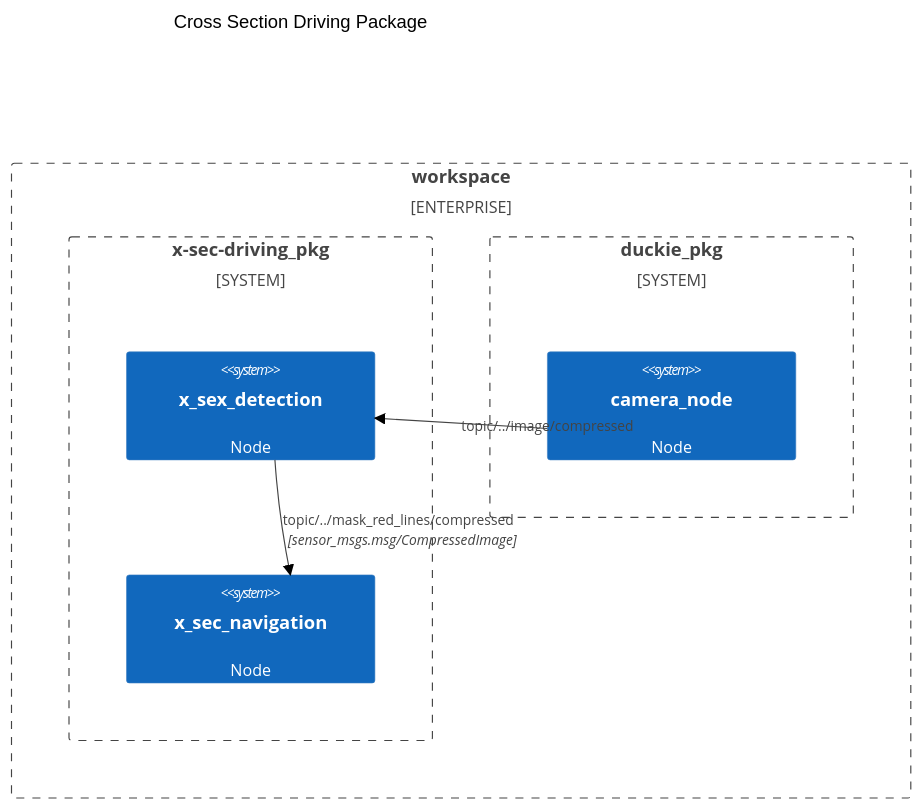
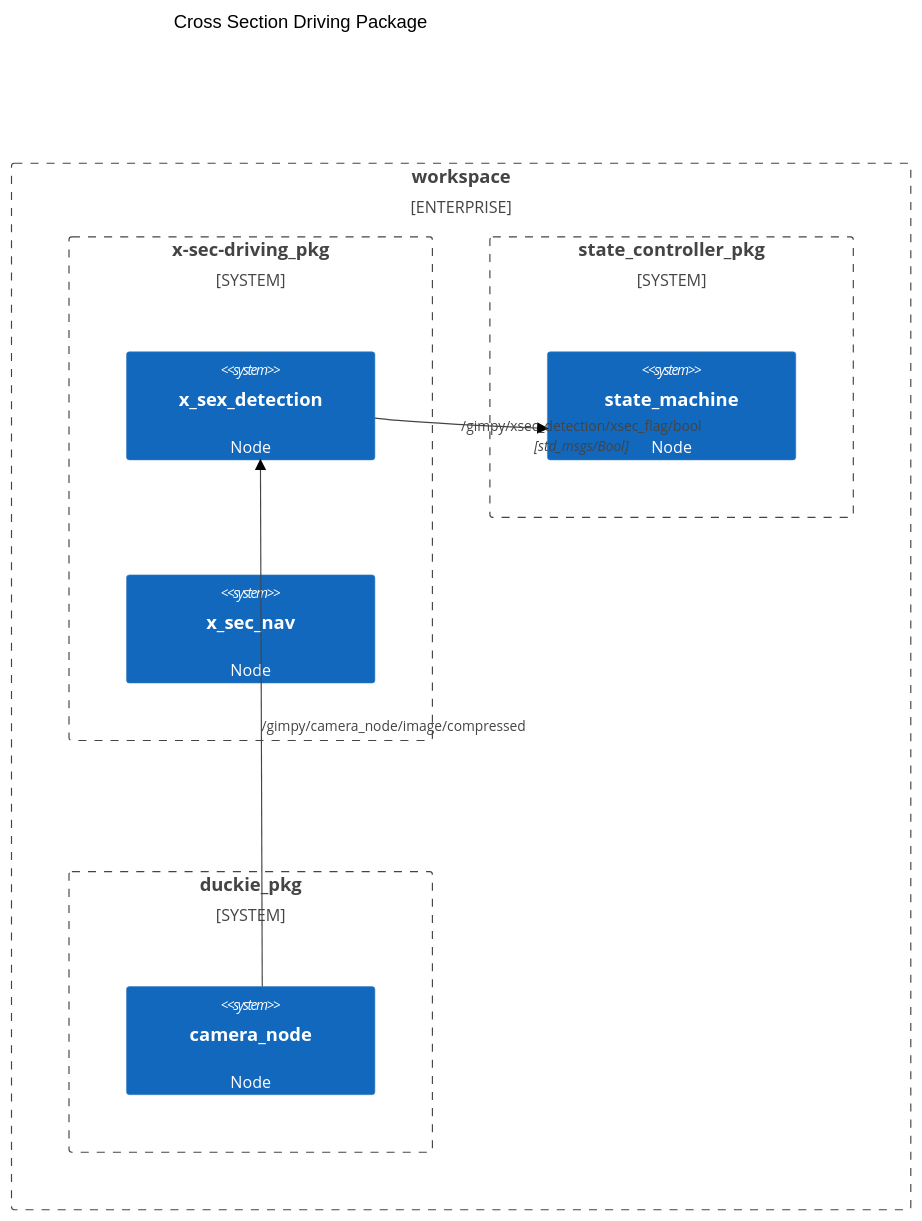
The diagram in README.md (Duckietown-QuackMan/x-sec-driving), drawn with Mermaid (neutral theme) before and after one commit. The commit also changed other lines of this file and 1 other file, not shown here.

````diff
--- a/README.md
+++ b/README.md
@@ -4,19 +6,23 @@
 ```mermaid
 C4Context
 title Cross Section Driving Package
 
 Enterprise_Boundary(b1, "workspace", "includes all packages") {
 
   System_Boundary(b2, "x-sec-driving_pkg", "Package") {
     System(SystemA,"x_sex_detection", "Node")
-    System(SystemB, "x_sec_navigation", "Node")
+    System(SystemB, "x_sec_nav", "Node")
   }
 
-  System_Boundary(b3, "duckie_pkg", "Package") {
-    System(SystemC, "camera_node", "Node")
+  System_Boundary(b3, "state_controller_pkg", "Package") {
+    System(SystemC, "state_machine", "Node")
+  }
+
+  System_Boundary(b4, "duckie_pkg", "Package") {
+    System(SystemD, "camera_node", "Node")
   }
 }
 
-Rel(SystemC, SystemA, "topic/../image/compressed" ,"sensor_msgs.msg/CompressedImage")
-Rel(SystemA, SystemB, "topic/../mask_red_lines/compressed", "sensor_msgs.msg/CompressedImage")
+Rel(SystemD, SystemA, "/gimpy/camera_node/image/compressed" ,"sensor_msg/CompressedImage")
+Rel(SystemA, SystemC, "/gimpy/xsec_detection/xsec_flag/bool", "std_msgs/Bool")
 ```
````
